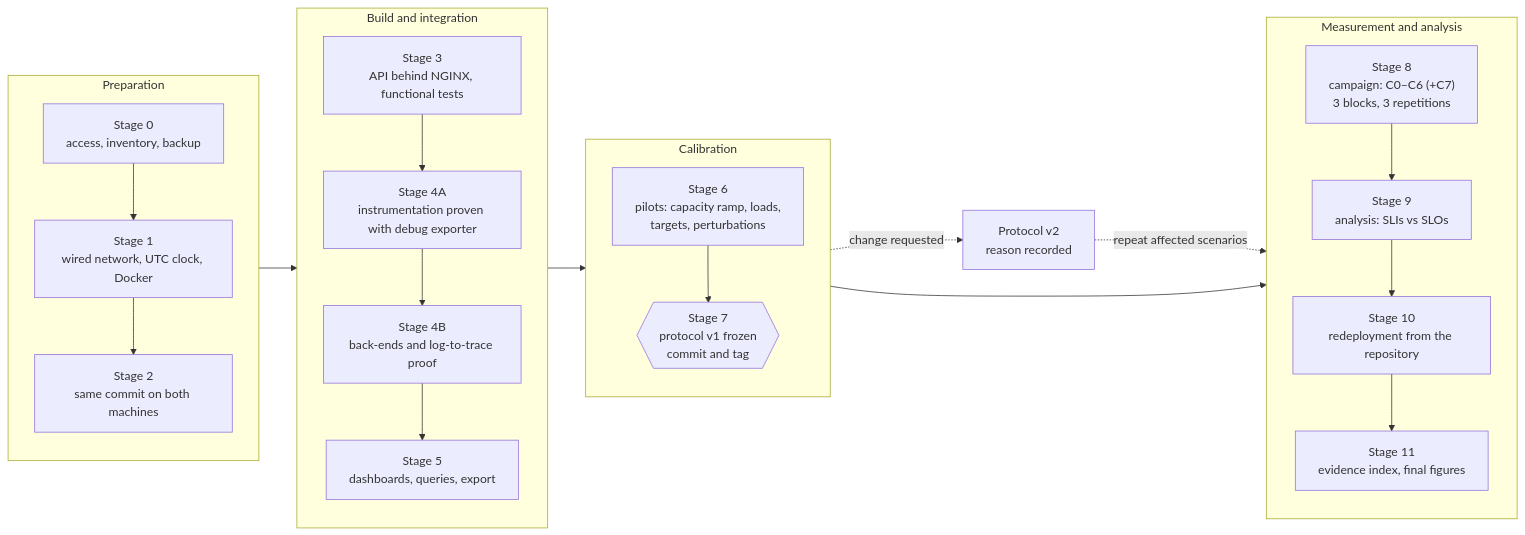
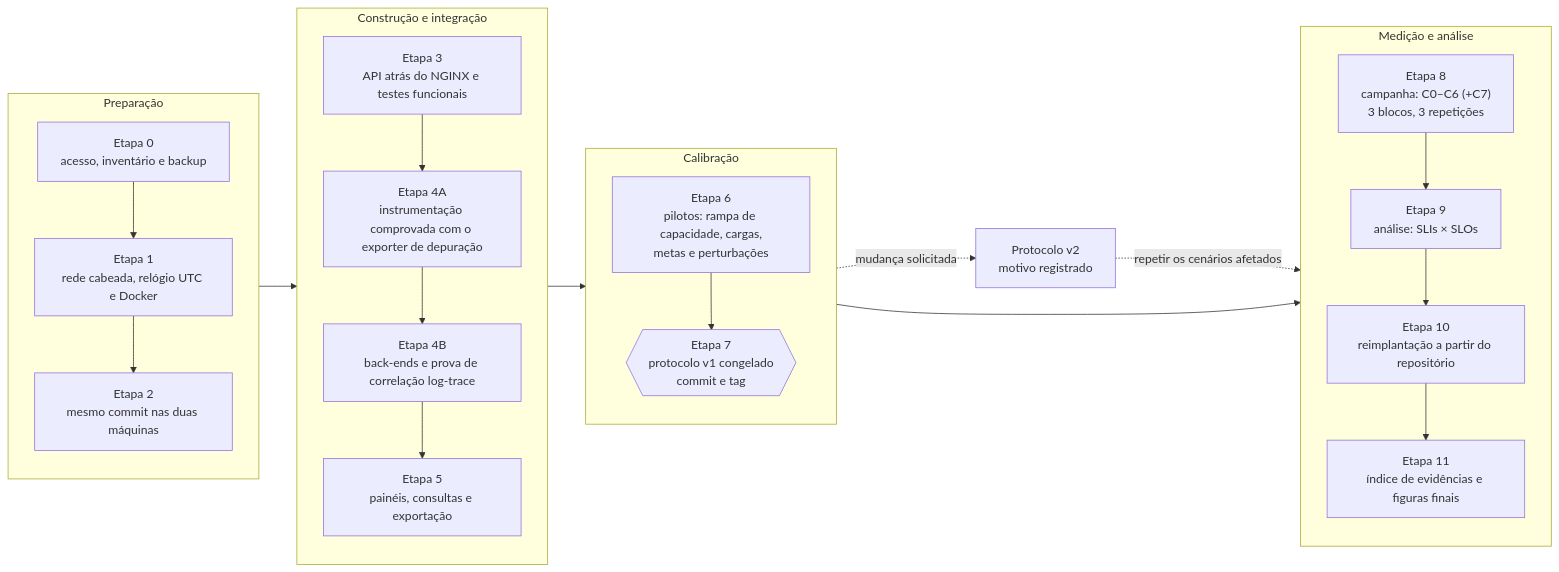
One commit to itamarsb/Observability-Engineering-Framework changed the seventh of 7 diagrams in docs/architecture/README.md. Above: the diagram before and after it, drawn with Mermaid. The commit also changed other lines of this file and 4 other files, not shown here.

````diff
--- a/docs/architecture/README.md
+++ b/docs/architecture/README.md
@@ -224,28 +224,28 @@
 ```mermaid
 flowchart LR
-    subgraph PREP["Preparation"]
+    subgraph PREP["Preparação"]
         direction TB
-        S0["Stage 0<br/>access, inventory, backup"] --> S1["Stage 1<br/>wired network, UTC clock, Docker"] --> S2["Stage 2<br/>same commit on both machines"]
+        S0["Etapa 0<br/>acesso, inventário e backup"] --> S1["Etapa 1<br/>rede cabeada, relógio UTC e Docker"] --> S2["Etapa 2<br/>mesmo commit nas duas máquinas"]
     end
 
-    subgraph BUILD["Build and integration"]
+    subgraph BUILD["Construção e integração"]
         direction TB
-        S3["Stage 3<br/>API behind NGINX, functional tests"] --> S4A["Stage 4A<br/>instrumentation proven with debug exporter"] --> S4B["Stage 4B<br/>back-ends and log-to-trace proof"] --> S5["Stage 5<br/>dashboards, queries, export"]
+        S3["Etapa 3<br/>API atrás do NGINX e testes funcionais"] --> S4A["Etapa 4A<br/>instrumentação comprovada com o exporter de depuração"] --> S4B["Etapa 4B<br/>back-ends e prova de correlação log-trace"] --> S5["Etapa 5<br/>painéis, consultas e exportação"]
     end
 
-    subgraph CAL["Calibration"]
+    subgraph CAL["Calibração"]
         direction TB
-        S6["Stage 6<br/>pilots: capacity ramp, loads,<br/>targets, perturbations"] --> S7{{"Stage 7<br/>protocol v1 frozen<br/>commit and tag"}}
+        S6["Etapa 6<br/>pilotos: rampa de capacidade, cargas,<br/>metas e perturbações"] --> S7{{"Etapa 7<br/>protocolo v1 congelado<br/>commit e tag"}}
     end
 
-    subgraph MEAS["Measurement and analysis"]
+    subgraph MEAS["Medição e análise"]
         direction TB
-        S8["Stage 8<br/>campaign: C0–C6 (+C7)<br/>3 blocks, 3 repetitions"] --> S9["Stage 9<br/>analysis: SLIs vs SLOs"] --> S10["Stage 10<br/>redeployment from the repository"] --> S11["Stage 11<br/>evidence index, final figures"]
+        S8["Etapa 8<br/>campanha: C0–C6 (+C7)<br/>3 blocos, 3 repetições"] --> S9["Etapa 9<br/>análise: SLIs × SLOs"] --> S10["Etapa 10<br/>reimplantação a partir do repositório"] --> S11["Etapa 11<br/>índice de evidências e figuras finais"]
     end
 
     S2 --> S3
     S5 --> S6
     S7 --> S8
-    S7 -.->|"change requested"| V2["Protocol v2<br/>reason recorded"]
-    V2 -.->|"repeat affected scenarios"| S8
+    S7 -.->|"mudança solicitada"| V2["Protocolo v2<br/>motivo registrado"]
+    V2 -.->|"repetir os cenários afetados"| S8
 ```
````
